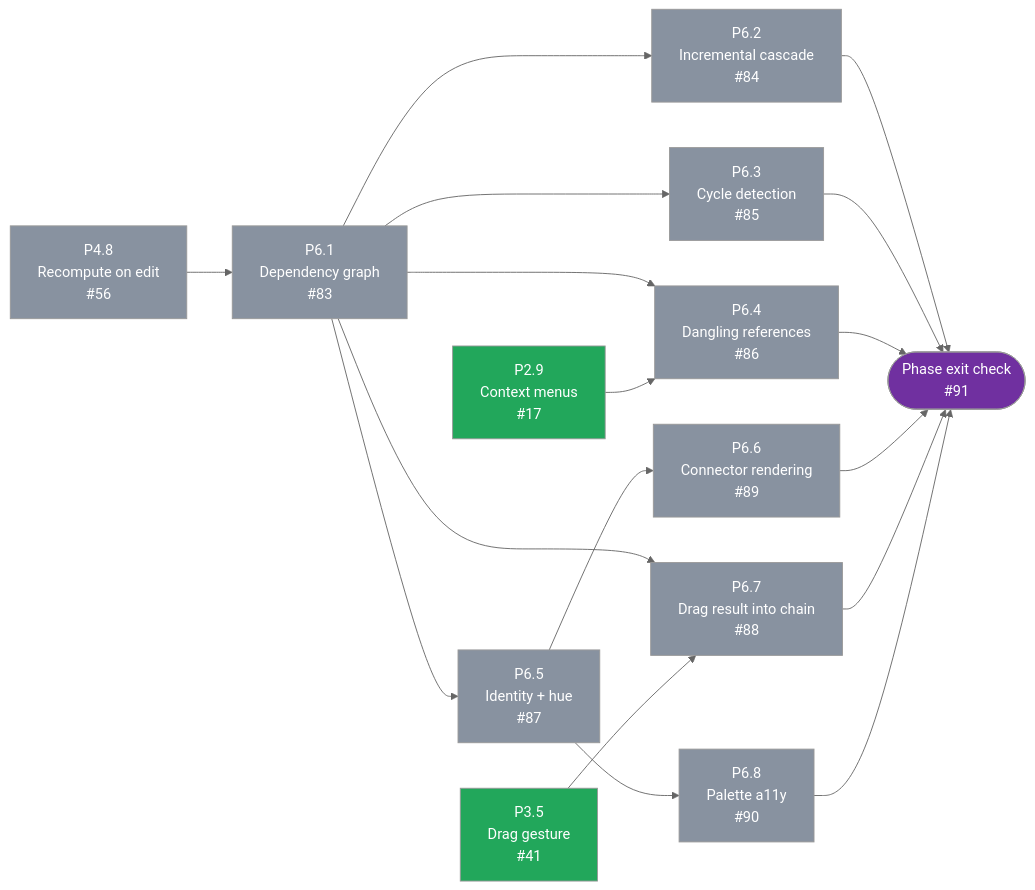
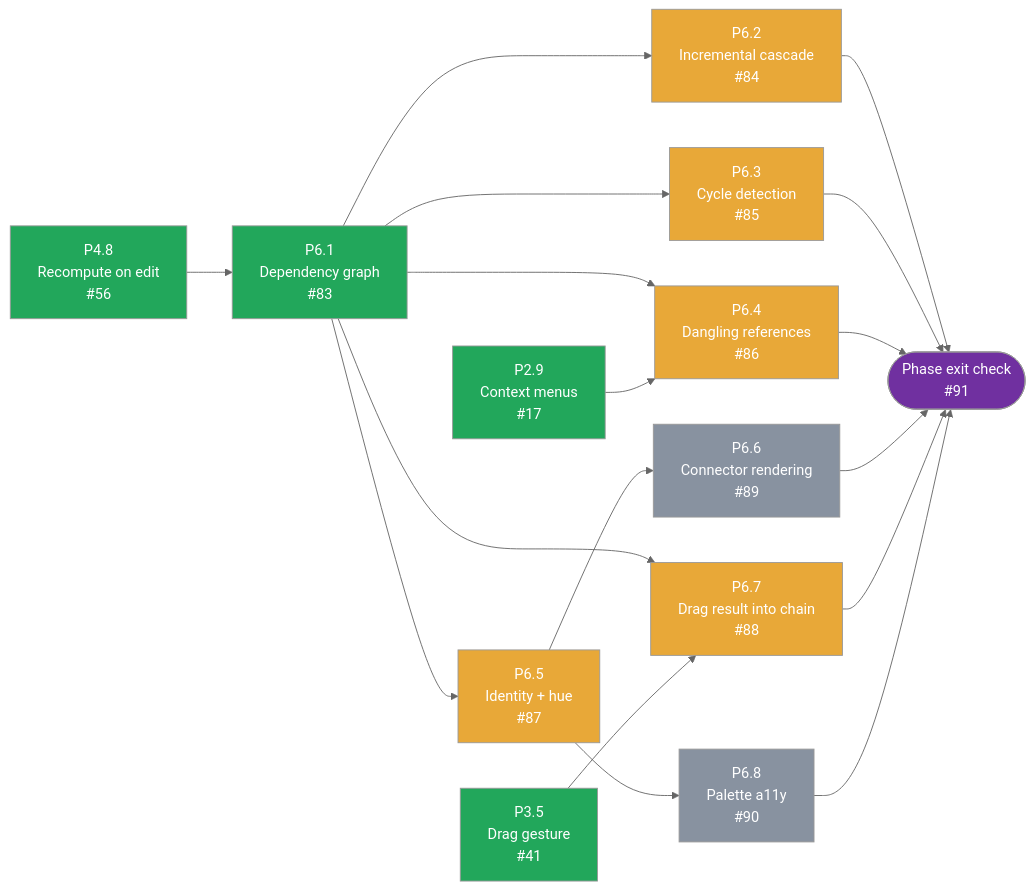
Before and after one commit to tousifosman/CalcMind: the fifth of 5 diagrams in docs/DEVELOPMENT_PLAN.md, drawn with Mermaid (neutral theme). The commit also changed other lines of this file and 4 other files, not shown here.

````diff
--- a/docs/DEVELOPMENT_PLAN.md
+++ b/docs/DEVELOPMENT_PLAN.md
@@ -914,46 +914,46 @@
 ```mermaid
 flowchart LR
     P48["P4.8<br/>Recompute on edit<br/>#56"]
     P29["P2.9<br/>Context menus<br/>#17"]
     P35["P3.5<br/>Drag gesture<br/>#41"]
     P61["P6.1<br/>Dependency graph<br/>#83"]
     P62["P6.2<br/>Incremental cascade<br/>#84"]
     P63["P6.3<br/>Cycle detection<br/>#85"]
     P64["P6.4<br/>Dangling references<br/>#86"]
     P65["P6.5<br/>Identity + hue<br/>#87"]
     P66["P6.6<br/>Connector rendering<br/>#89"]
     P67["P6.7<br/>Drag result into chain<br/>#88"]
     P68["P6.8<br/>Palette a11y<br/>#90"]
     EXIT(["Phase exit check<br/>#91"])
 
     P48 --> P61
     P61 --> P62
     P61 --> P63
     P61 --> P64
     P29 --> P64
     P61 --> P65
     P65 --> P66
     P61 --> P67
     P35 --> P67
     P65 --> P68
 
     P62 --> EXIT
     P63 --> EXIT
     P64 --> EXIT
     P66 --> EXIT
     P67 --> EXIT
     P68 --> EXIT
 
-    style P48 fill:#8892A0,color:#fff
+    style P48 fill:#22A75B,color:#fff
     style P29 fill:#22A75B,color:#fff
     style P35 fill:#22A75B,color:#fff
-    style P61 fill:#8892A0,color:#fff
-    style P62 fill:#8892A0,color:#fff
-    style P63 fill:#8892A0,color:#fff
-    style P64 fill:#8892A0,color:#fff
-    style P65 fill:#8892A0,color:#fff
+    style P61 fill:#22A75B,color:#fff
+    style P62 fill:#E8A838,color:#fff
+    style P63 fill:#E8A838,color:#fff
+    style P64 fill:#E8A838,color:#fff
+    style P65 fill:#E8A838,color:#fff
     style P66 fill:#8892A0,color:#fff
-    style P67 fill:#8892A0,color:#fff
+    style P67 fill:#E8A838,color:#fff
     style P68 fill:#8892A0,color:#fff
     style EXIT fill:#7030A0,color:#fff
 ```
````
